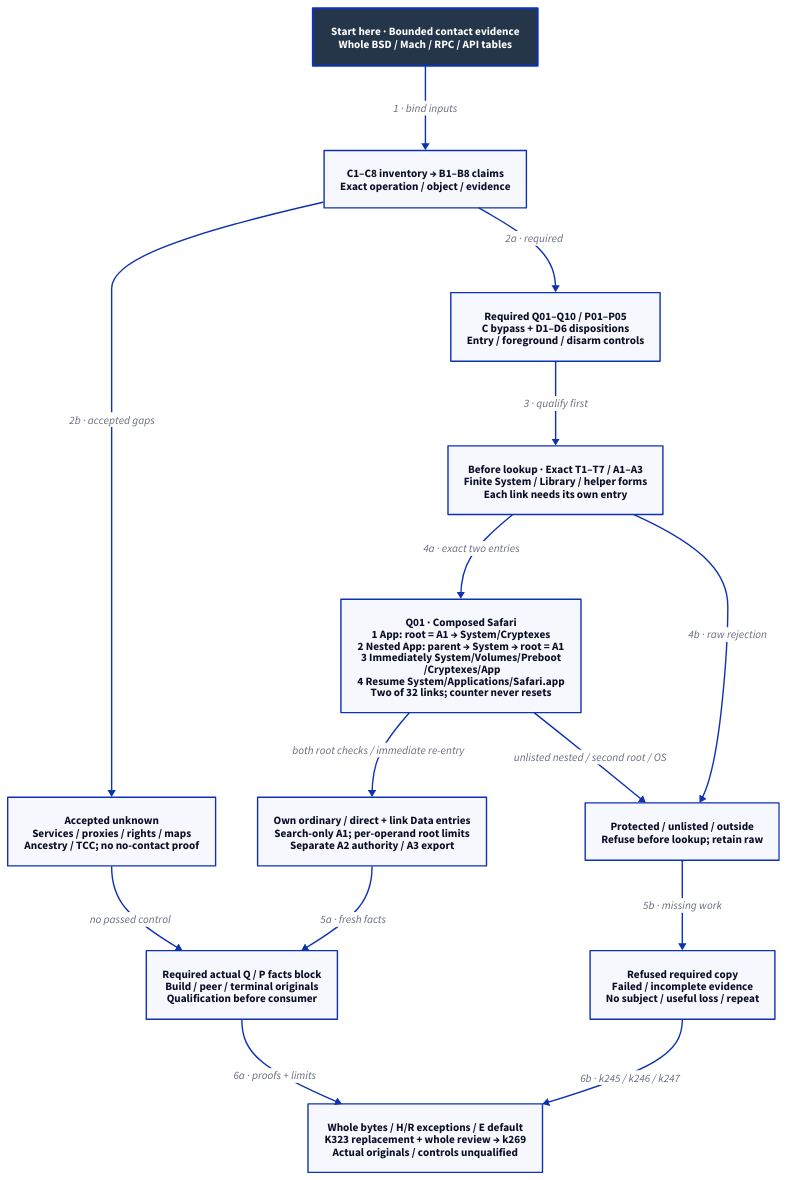
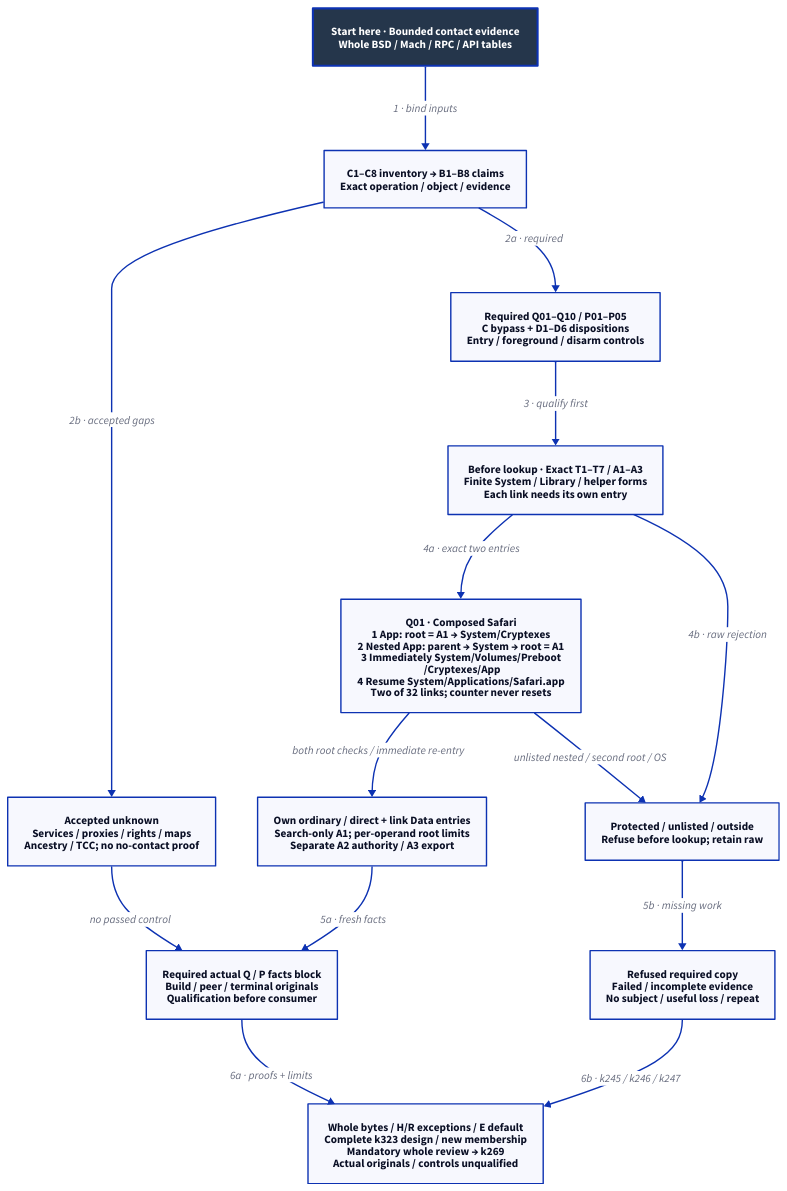
One commit to Linkuistics/Koine changed the diagram in docs/design/architecture/native-reference-contact.d2. Above: the diagram before and after it, drawn with D2. The commit also changed 51 other files, not shown here.

```diff
--- a/docs/design/architecture/native-reference-contact.d2
+++ b/docs/design/architecture/native-reference-contact.d2
@@ -1,29 +1,29 @@
 # Selected bounded contact/pre-lookup design; no control or target evidence supplied.
 direction: down
 classes: {
   start: {style: {fill: "#25364B"; font-color: "#FFFFFF"; bold: true; stroke-width: 3}}
 }
 Start: "Start here · Bounded contact evidence\nWhole BSD / Mach / RPC / API tables" {class: start}
 Claims: "C1–C8 inventory → B1–B8 claims\nExact operation / object / evidence"
 Controls: "Required Q01–Q10 / P01–P05\nC bypass + D1–D6 dispositions\nEntry / foreground / disarm controls"
 Unknown: "Accepted unknown\nServices / proxies / rights / maps\nAncestry / TCC; no no-contact proof"
 Policy: "Before lookup · Exact T1–T7 / A1–A3\nFinite System / Library / helper forms\nEach link needs its own entry"
 Safari: "Q01 · Composed Safari\n1 App: root = A1 → System/Cryptexes\n2 Nested App: parent → System → root = A1\n3 Immediately System/Volumes/Preboot\n  /Cryptexes/App\n4 Resume System/Applications/Safari.app\nTwo of 32 links; counter never resets"
 Allowed: "Own ordinary / direct + link Data entries\nSearch-only A1; per-operand root limits\nSeparate A2 authority / A3 export"
 Refuse: "Protected / unlisted / outside\nRefuse before lookup; retain raw"
 Gate: "Required actual Q / P facts block\nBuild / peer / terminal originals\nQualification before consumer"
 Failed: "Refused required copy\nFailed / incomplete evidence\nNo subject / useful loss / repeat"
-Whole: "Whole bytes / H/R exceptions / E default\nK323 replacement + whole review → k269\nActual originals / controls unqualified"
+Whole: "Whole bytes / H/R exceptions / E default\nComplete k323 design / new membership\nMandatory whole review → k269\nActual originals / controls unqualified"
 Start -> Claims: "1 · bind inputs"
 Claims -> Controls: "2a · required"
 Claims -> Unknown: "2b · accepted gaps"
 Controls -> Policy: "3 · qualify first"
 Unknown -> Gate: "no passed control"
 Policy -> Safari: "4a · exact two entries"
 Safari -> Allowed: "both root checks / immediate re-entry"
 Safari -> Refuse: "unlisted nested / second root / OS"
 Policy -> Refuse: "4b · raw rejection"
 Allowed -> Gate: "5a · fresh facts"
 Refuse -> Failed: "5b · missing work"
 Gate -> Whole: "6a · proofs + limits"
 Failed -> Whole: "6b · k245 / k246 / k247"
```
